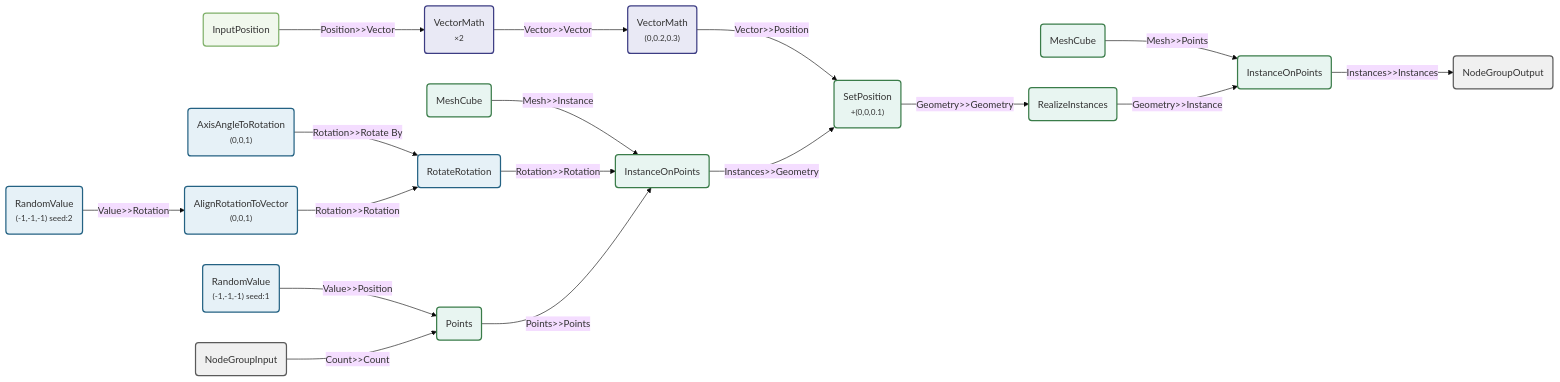
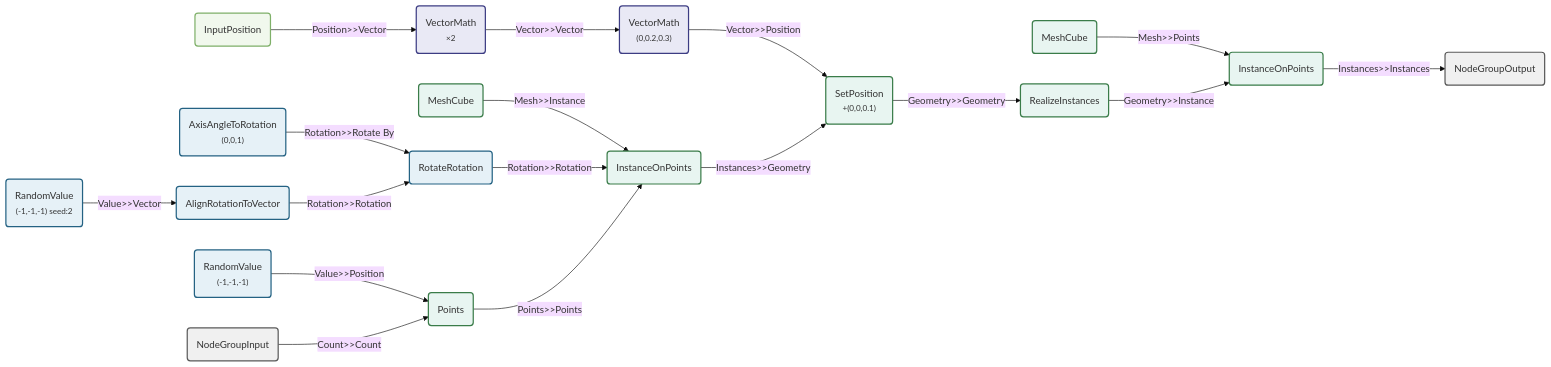
The diagram in README.md (BradyAJohnston/nodebpy), drawn with Mermaid (base theme) before and after one commit. The commit also changed 1 other file, not shown here.

Commit message:
bump version and README

````diff
--- a/README.md
+++ b/README.md
@@ -69,45 +69,45 @@
 ``` mermaid
 graph LR
     N0("NodeGroupInput"):::default-node
     N1("RandomValue<br/><small>(-1,-1,-1) seed:2</small>"):::converter-node
-    N2("RandomValue<br/><small>(-1,-1,-1) seed:1</small>"):::converter-node
-    N3("AlignRotationToVector<br/><small>(0,0,1)</small>"):::converter-node
+    N2("RandomValue<br/><small>(-1,-1,-1)</small>"):::converter-node
+    N3("AlignRotationToVector"):::converter-node
     N4("AxisAngleToRotation<br/><small>(0,0,1)</small>"):::converter-node
     N5("InputPosition"):::input-node
     N6("Points"):::geometry-node
     N7("MeshCube"):::geometry-node
     N8("RotateRotation"):::converter-node
     N9("VectorMath<br/><small>×2</small>"):::vector-node
     N10("InstanceOnPoints"):::geometry-node
     N11("VectorMath<br/><small>(0,0.2,0.3)</small>"):::vector-node
     N12("SetPosition<br/><small>+(0,0,0.1)</small>"):::geometry-node
     N13("MeshCube"):::geometry-node
     N14("RealizeInstances"):::geometry-node
     N15("InstanceOnPoints"):::geometry-node
     N16("NodeGroupOutput"):::default-node
-    N1 -->|"Value>>Rotation"| N3
+    N1 -->|"Value>>Vector"| N3
     N4 -->|"Rotation>>Rotate By"| N8
     N3 -->|"Rotation>>Rotation"| N8
     N2 -->|"Value>>Position"| N6
     N0 -->|"Count>>Count"| N6
     N7 -->|"Mesh>>Instance"| N10
     N8 -->|"Rotation>>Rotation"| N10
     N6 -->|"Points>>Points"| N10
     N5 -->|"Position>>Vector"| N9
     N9 -->|"Vector>>Vector"| N11
     N11 -->|"Vector>>Position"| N12
     N10 -->|"Instances>>Geometry"| N12
     N12 -->|"Geometry>>Geometry"| N14
     N13 -->|"Mesh>>Points"| N15
     N14 -->|"Geometry>>Instance"| N15
     N15 -->|"Instances>>Instances"| N16
 
     classDef geometry-node fill:#e8f5f1,stroke:#3a7c49,stroke-width:2px
     classDef converter-node fill:#e6f1f7,stroke:#246283,stroke-width:2px
     classDef vector-node fill:#e9e9f5,stroke:#3C3C83,stroke-width:2px
     classDef texture-node fill:#fef3e6,stroke:#E66800,stroke-width:2px
     classDef shader-node fill:#fef0eb,stroke:#e67c52,stroke-width:2px
     classDef input-node fill:#f1f8ed,stroke:#7fb069,stroke-width:2px
     classDef output-node fill:#faf0ed,stroke:#c97659,stroke-width:2px
     classDef default-node fill:#f0f0f0,stroke:#5a5a5a,stroke-width:2px
 ```
````
